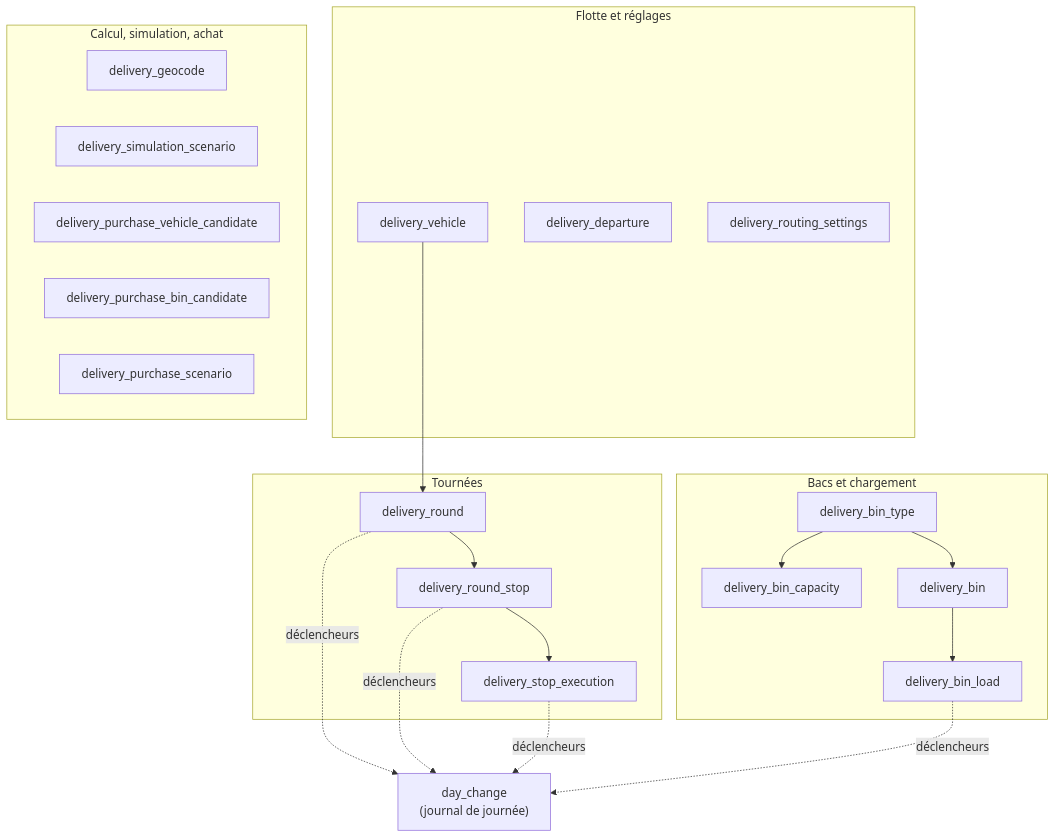
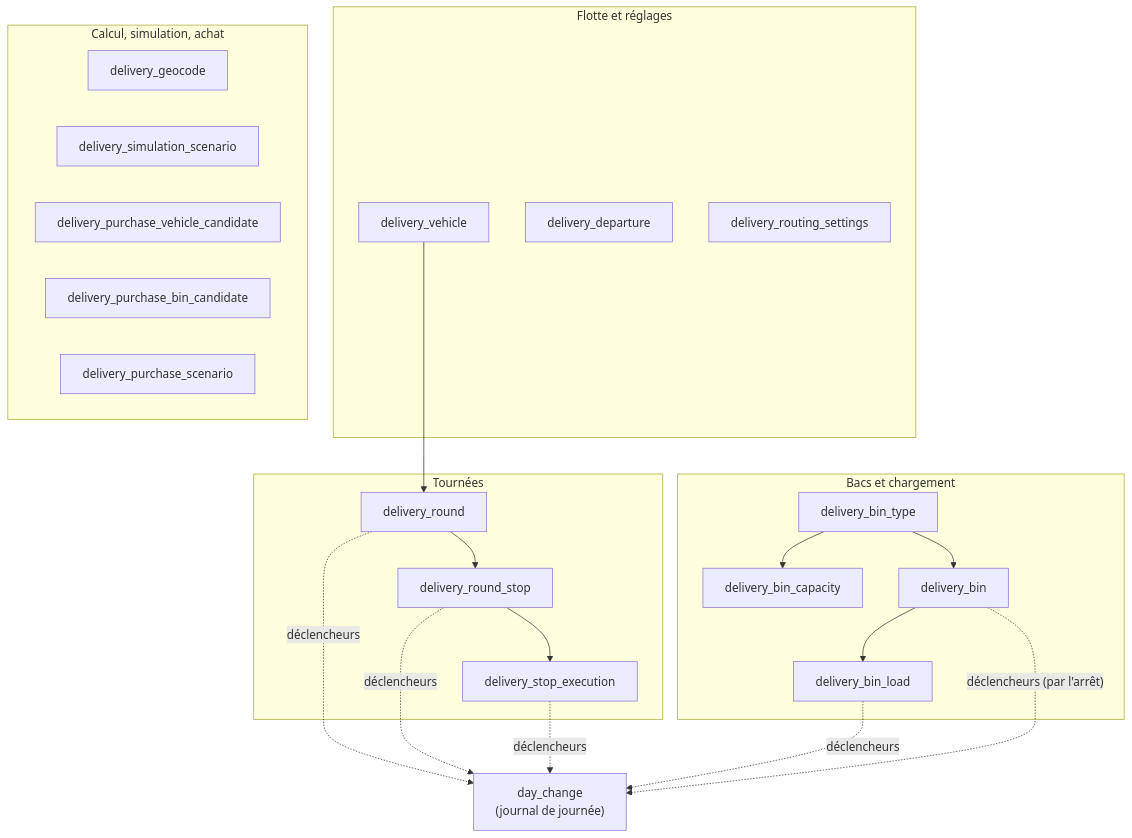
The first of 2 diagrams in documentation/livraisons/architecture-isolation-livraison.md (hugoheynard/lfd), drawn with Mermaid before and after one commit. The commit also changed other lines of this file and 45 other files, not shown here.

````diff
--- a/documentation/livraisons/architecture-isolation-livraison.md
+++ b/documentation/livraisons/architecture-isolation-livraison.md
@@ -43,35 +43,36 @@
 ```mermaid
 flowchart TB
   subgraph flotte["Flotte et réglages"]
     V["delivery_vehicle"]
     D["delivery_departure"]
     RS["delivery_routing_settings"]
   end
   subgraph tournees["Tournées"]
     R["delivery_round"]
     RST["delivery_round_stop"]
     SE["delivery_stop_execution"]
   end
   subgraph bacs["Bacs et chargement"]
     BT["delivery_bin_type"]
     BC["delivery_bin_capacity"]
     B["delivery_bin"]
     BL["delivery_bin_load"]
   end
   subgraph autres["Calcul, simulation, achat"]
     G["delivery_geocode"]
     SS["delivery_simulation_scenario"]
     PV["delivery_purchase_vehicle_candidate"]
     PB["delivery_purchase_bin_candidate"]
     PS["delivery_purchase_scenario"]
   end
   J["day_change<br/>(journal de journée)"]
   V --> R
   R --> RST --> SE
   BT --> BC
   BT --> B --> BL
   R -. déclencheurs .-> J
   RST -. déclencheurs .-> J
   SE -. déclencheurs .-> J
   BL -. déclencheurs .-> J
+  B -. "déclencheurs (par l'arrêt)" .-> J
 ```
````
